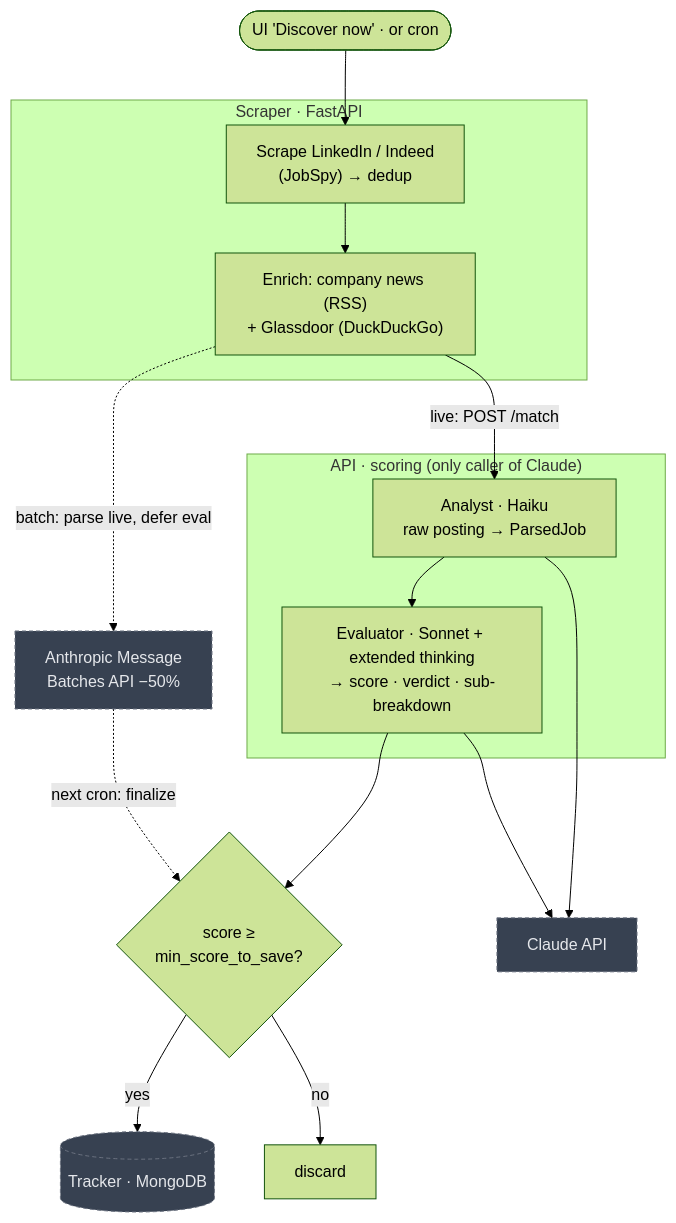
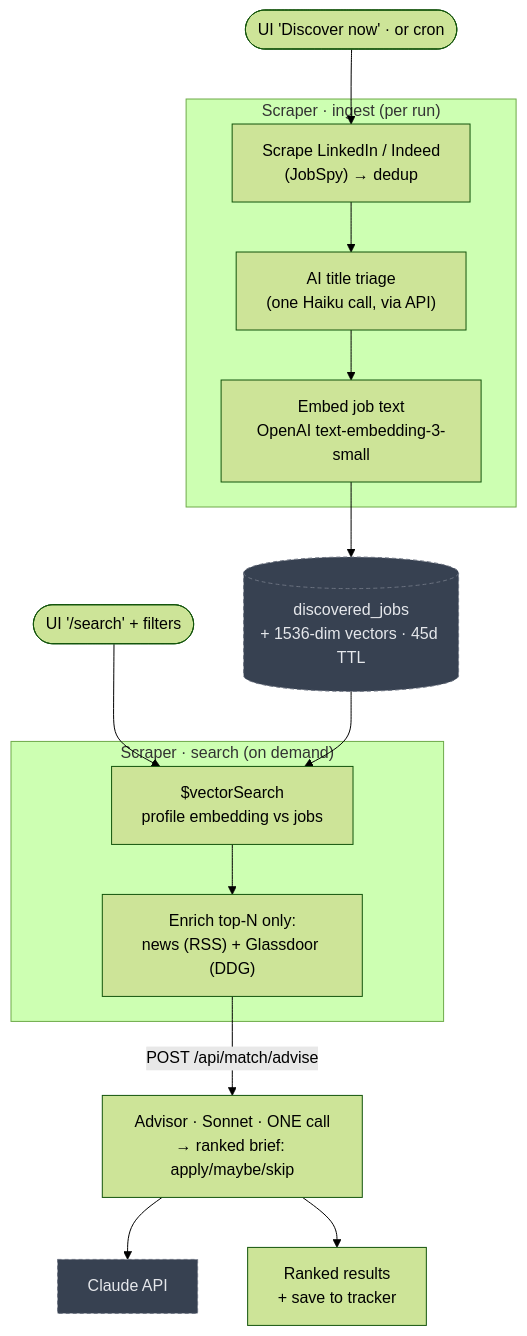
Before and after one commit to ozShpigel/nextrole: the second of 4 diagrams in README.md, drawn with Mermaid (forest theme). The commit also changed other lines of this file and 42 other files, not shown here.

````diff
--- a/README.md
+++ b/README.md
@@ -121,30 +123,28 @@
 ```mermaid
 flowchart TD
     trigger(["UI 'Discover now' · or cron"]) --> scrape
 
-    subgraph scraper["Scraper · FastAPI"]
+    subgraph ingest["Scraper · ingest (per run)"]
         scrape["Scrape LinkedIn / Indeed<br/>(JobSpy) → dedup"]
-        enrich["Enrich: company news (RSS)<br/>+ Glassdoor (DuckDuckGo)"]
-        scrape --> enrich
+        triage["AI title triage<br/>(one Haiku call, via API)"]
+        embed["Embed job text<br/>OpenAI text-embedding-3-small"]
+        scrape --> triage --> embed
     end
 
-    subgraph apicore["API · scoring (only caller of Claude)"]
-        analyst["Analyst · Haiku<br/>raw posting → ParsedJob"]
-        evaluator["Evaluator · Sonnet + extended thinking<br/>→ score · verdict · sub-breakdown"]
-        analyst --> evaluator
+    embed --> jobs[("discovered_jobs<br/>+ 1536-dim vectors · 45d TTL")]
+
+    search(["UI '/search' + filters"]) --> vs
+    subgraph query["Scraper · search (on demand)"]
+        vs["$vectorSearch<br/>profile embedding vs jobs"]
+        enrich["Enrich top-N only:<br/>news (RSS) + Glassdoor (DDG)"]
+        vs --> enrich
     end
+    jobs --> vs
 
-    enrich -->|"live: POST /match"| analyst
-    enrich -.->|"batch: parse live, defer eval"| batch["Anthropic Message<br/>Batches API −50%"]
-    evaluator --> gate{"score ≥<br/>min_score_to_save?"}
-    batch -.->|"next cron: finalize"| gate
-    gate -->|yes| tracker[("Tracker · MongoDB")]
-    gate -->|no| drop["discard"]
-
-    claude["Claude API"]
-    analyst --> claude
-    evaluator --> claude
+    enrich -->|"POST /api/match/advise"| advisor["Advisor · Sonnet · ONE call<br/>→ ranked brief: apply/maybe/skip"]
+    advisor --> claude["Claude API"]
+    advisor --> results["Ranked results<br/>+ save to tracker"]
 
     classDef ext fill:#374151,stroke:#6b7280,color:#e5e7eb,stroke-dasharray:4 3;
-    class claude,tracker,batch ext;
+    class claude,jobs ext;
 ```
````
